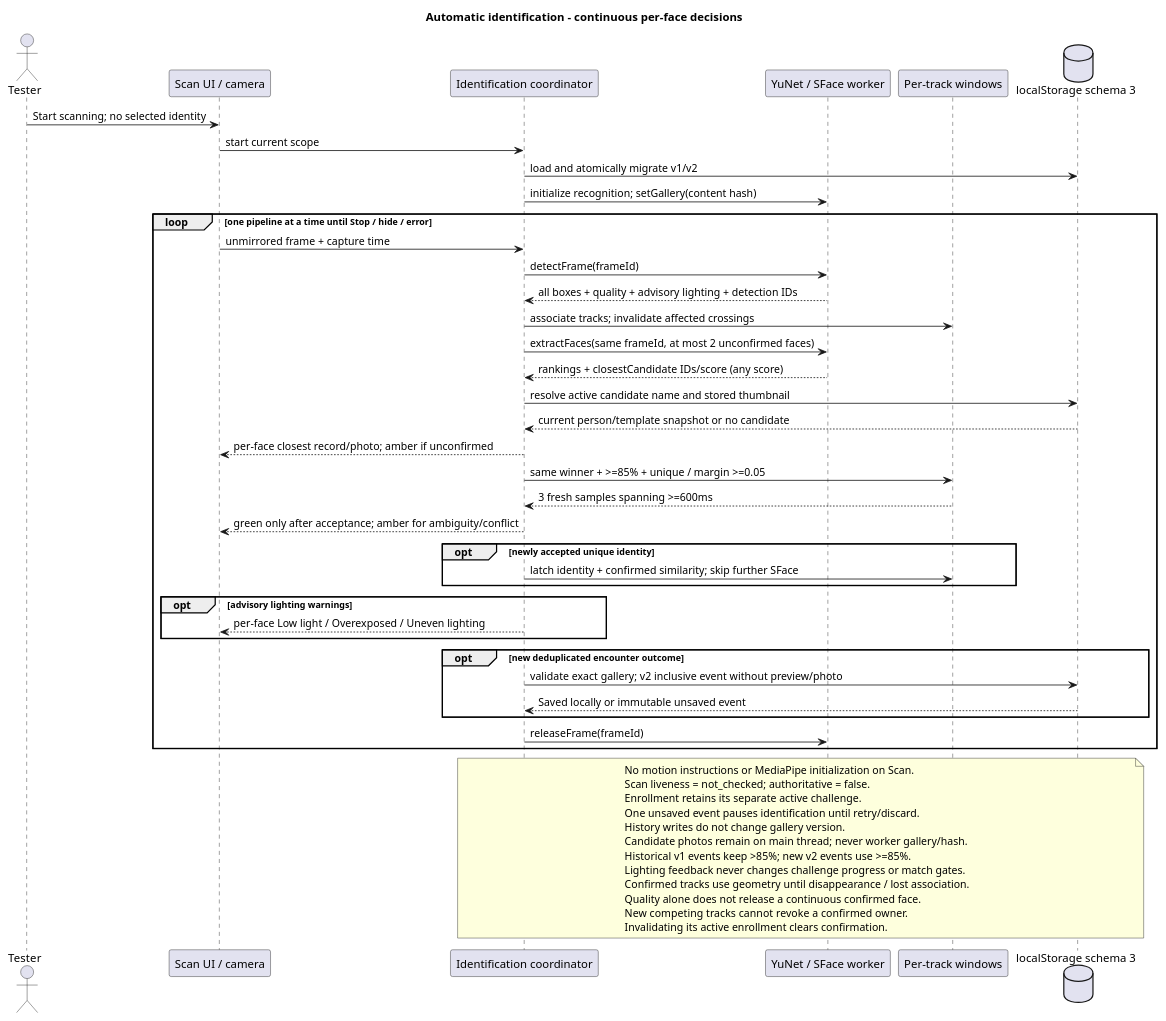
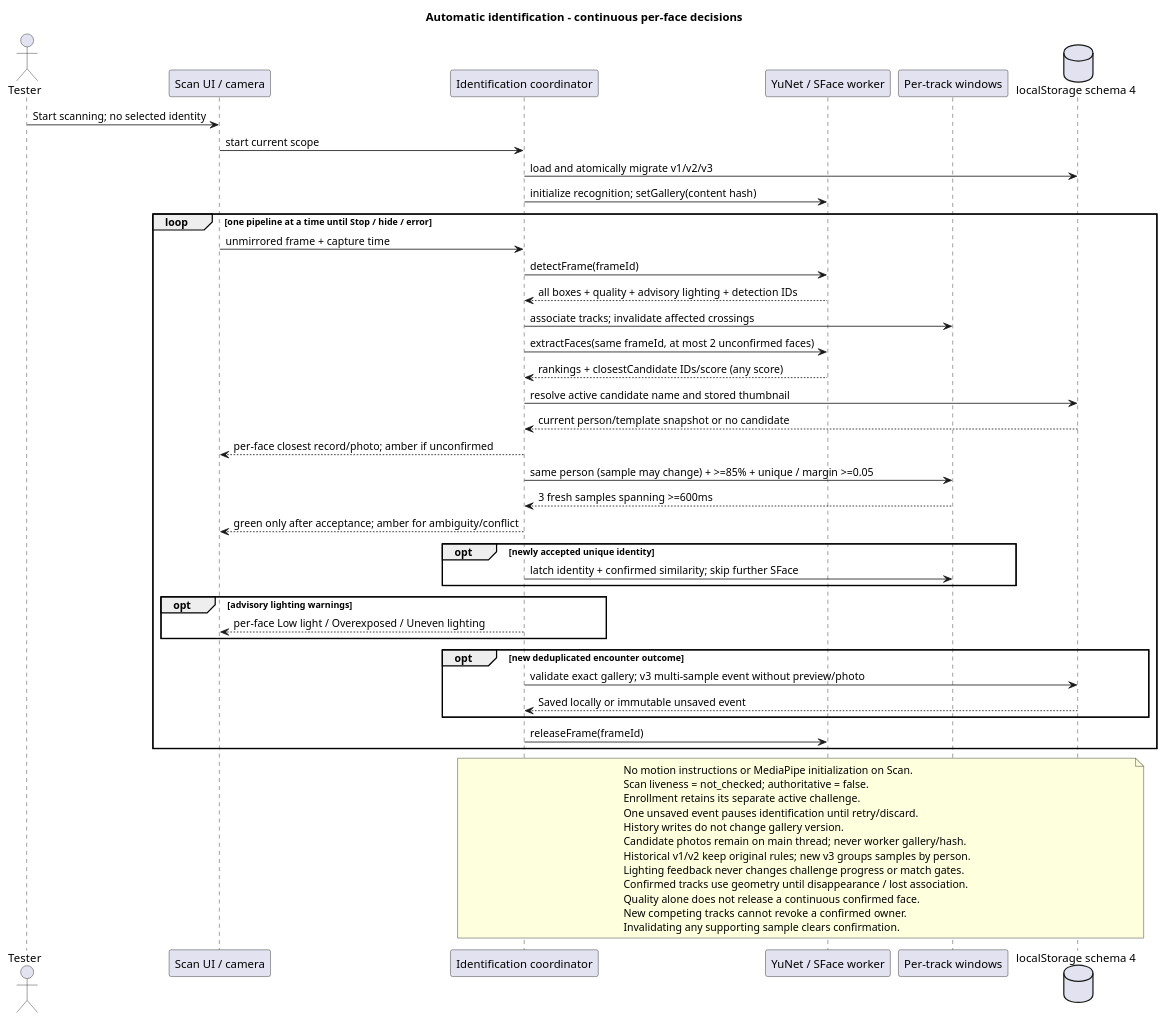
Before and after one commit to pixelDigitTony/face-recog-prototype: the eighth of 9 diagrams in docs/STK_FACE_RECOGNITION_PROTOTYPE_UML.puml, drawn with PlantUML. The commit also changed other lines of this file and 41 other files, not shown here.

```diff
--- a/docs/STK_FACE_RECOGNITION_PROTOTYPE_UML.puml
+++ b/docs/STK_FACE_RECOGNITION_PROTOTYPE_UML.puml
@@ -514,53 +529,53 @@
 @startuml stk_automatic_identification
 title Automatic identification - continuous per-face decisions
 skinparam shadowing false
 actor Tester
 participant "Scan UI / camera" as UI
 participant "Identification coordinator" as Scan
 participant "YuNet / SFace worker" as Worker
 participant "Per-track windows" as Tracks
-database "localStorage schema 3" as DB
+database "localStorage schema 4" as DB
 Tester -> UI : Start scanning; no selected identity
 UI -> Scan : start current scope
-Scan -> DB : load and atomically migrate v1/v2
+Scan -> DB : load and atomically migrate v1/v2/v3
 Scan -> Worker : initialize recognition; setGallery(content hash)
 loop one pipeline at a time until Stop / hide / error
   UI -> Scan : unmirrored frame + capture time
   Scan -> Worker : detectFrame(frameId)
   Worker --> Scan : all boxes + quality + advisory lighting + detection IDs
   Scan -> Tracks : associate tracks; invalidate affected crossings
   Scan -> Worker : extractFaces(same frameId, at most 2 unconfirmed faces)
   Worker --> Scan : rankings + closestCandidate IDs/score (any score)
   Scan -> DB : resolve active candidate name and stored thumbnail
   DB --> Scan : current person/template snapshot or no candidate
   Scan --> UI : per-face closest record/photo; amber if unconfirmed
-  Scan -> Tracks : same winner + >=85% + unique / margin >=0.05
+  Scan -> Tracks : same person (sample may change) + >=85% + unique / margin >=0.05
   Tracks --> Scan : 3 fresh samples spanning >=600ms
   Scan --> UI : green only after acceptance; amber for ambiguity/conflict
   opt newly accepted unique identity
     Scan -> Tracks : latch identity + confirmed similarity; skip further SFace
   end
   opt advisory lighting warnings
     Scan --> UI : per-face Low light / Overexposed / Uneven lighting
   end
   opt new deduplicated encounter outcome
-    Scan -> DB : validate exact gallery; v2 inclusive event without preview/photo
+    Scan -> DB : validate exact gallery; v3 multi-sample event without preview/photo
     DB --> Scan : Saved locally or immutable unsaved event
   end
   Scan -> Worker : releaseFrame(frameId)
 end
 note over Scan, DB
   No motion instructions or MediaPipe initialization on Scan.
   Scan liveness = not_checked; authoritative = false.
   Enrollment retains its separate active challenge.
   One unsaved event pauses identification until retry/discard.
   History writes do not change gallery version.
   Candidate photos remain on main thread; never worker gallery/hash.
-  Historical v1 events keep >85%; new v2 events use >=85%.
+  Historical v1/v2 keep original rules; new v3 groups samples by person.
   Lighting feedback never changes challenge progress or match gates.
   Confirmed tracks use geometry until disappearance / lost association.
   Quality alone does not release a continuous confirmed face.
   New competing tracks cannot revoke a confirmed owner.
-  Invalidating its active enrollment clears confirmation.
+  Invalidating any supporting sample clears confirmation.
 end note
 @enduml
```
